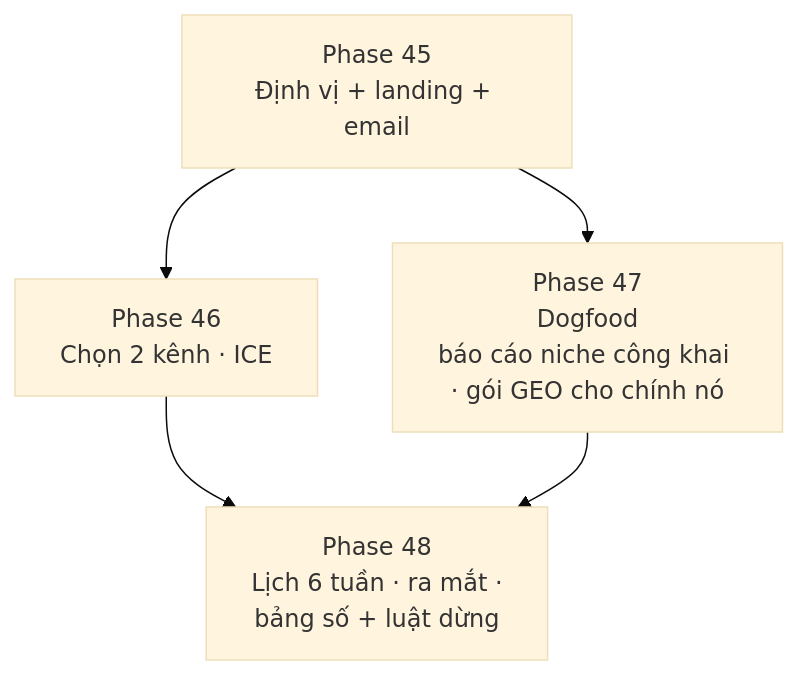
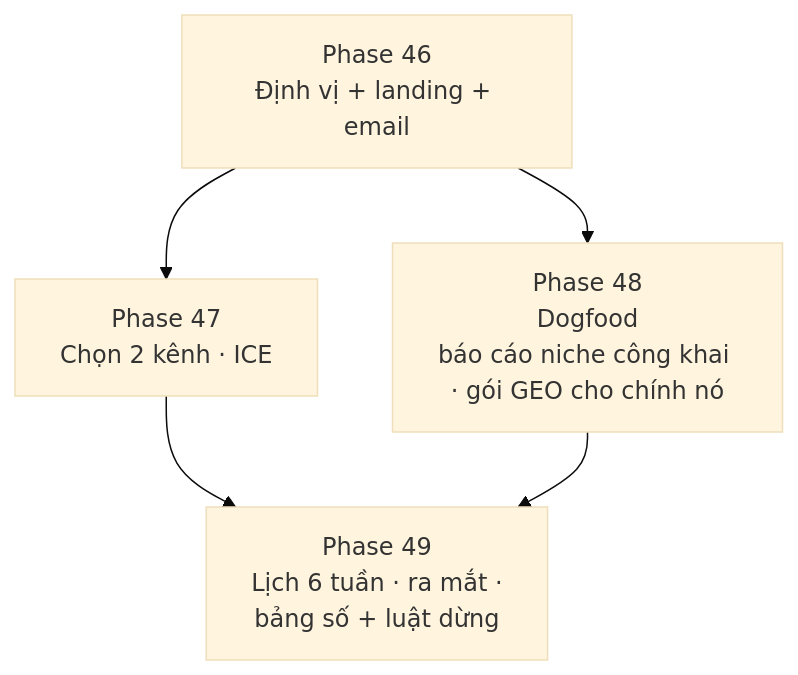
One commit to nvminhtu/niche-radar-docs changed the diagram in docs/web/version-11.md. Above: the diagram before and after it, drawn with Mermaid (base theme). The commit also changed other lines of this file and 384 other files, not shown here.

````diff
--- a/docs/web/version-11.md
+++ b/docs/web/version-11.md
@@ -21,6 +21,6 @@
 ```mermaid
 flowchart TB
-  P[Phase 45<br/>Định vị + landing + email] --> C[Phase 46<br/>Chọn 2 kênh · ICE]
-  P --> D[Phase 47<br/>Dogfood<br/>báo cáo niche công khai · gói GEO cho chính nó]
-  C & D --> S[Phase 48<br/>Lịch 6 tuần · ra mắt ·<br/>bảng số + luật dừng]
+  P[Phase 46<br/>Định vị + landing + email] --> C[Phase 47<br/>Chọn 2 kênh · ICE]
+  P --> D[Phase 48<br/>Dogfood<br/>báo cáo niche công khai · gói GEO cho chính nó]
+  C & D --> S[Phase 49<br/>Lịch 6 tuần · ra mắt ·<br/>bảng số + luật dừng]
 ```
````
